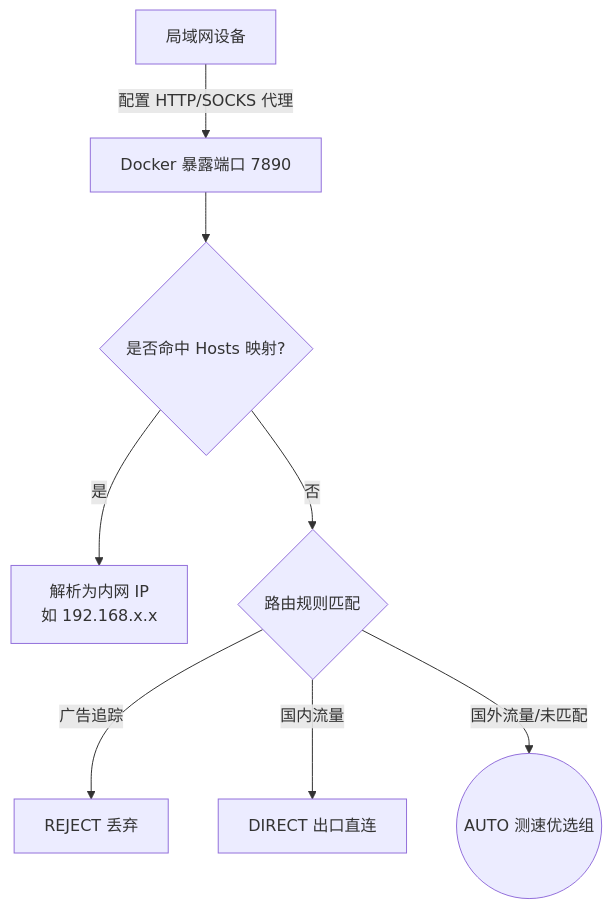
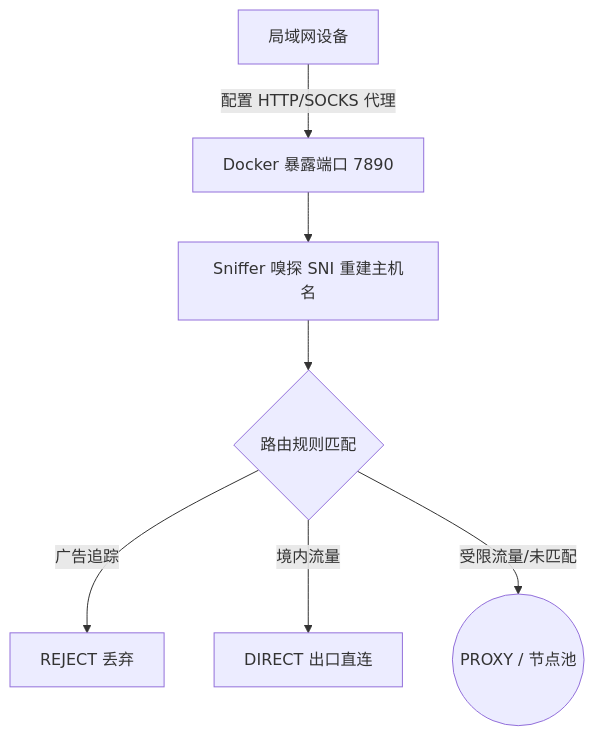
The second of 2 diagrams in README.md (jiezhengj/mihomo-rules), drawn with Mermaid before and after one commit. The commit also changed other lines of this file and 19 other files, not shown here.

````diff
--- a/README.md
+++ b/README.md
@@ -80,12 +158,11 @@
 ```mermaid
 graph TD
     LAN[局域网设备] -- 配置 HTTP/SOCKS 代理 --> Port[Docker 暴露端口 7890]
-    Port --> Hosts{是否命中 Hosts 映射?}
-    
-    Hosts -- 是 --> ReturnLAN[解析为内网 IP <br> 如 192.168.x.x]
-    Hosts -- 否 --> Match{路由规则匹配}
-    
+    Port --> Sniff[Sniffer 嗅探 SNI 重建主机名]
+
+    Sniff --> Match{路由规则匹配}
+
     Match -- 广告追踪 --> ActionReject[REJECT 丢弃]
-    Match -- 国内流量 --> ActionDirect[DIRECT 出口直连]
-    Match -- 国外流量/未匹配 --> ActionProxy((AUTO 测速优选组))
+    Match -- 境内流量 --> ActionDirect[DIRECT 出口直连]
+    Match -- 受限流量/未匹配 --> ActionProxy((PROXY / 节点池))
 ```
````
